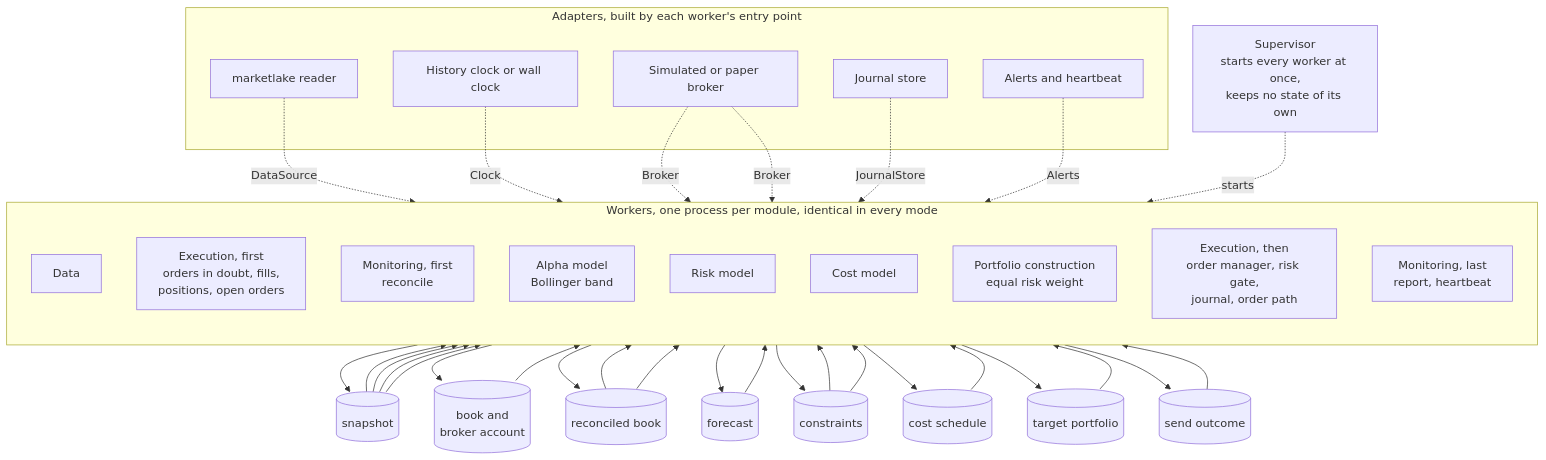
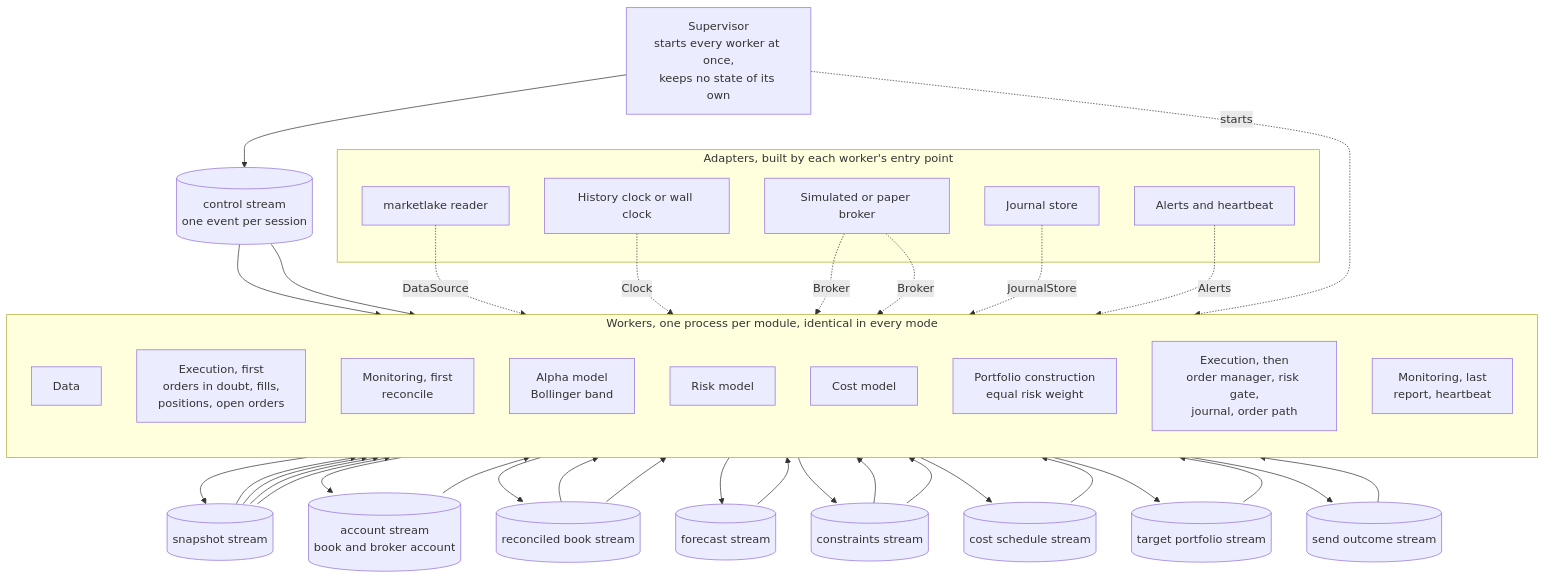
Before and after one commit to l3a0/ithildin-runtime: the second of 16 diagrams in docs/architecture.md, drawn with Mermaid. The commit also changed other lines of this file and 2 other files, not shown here.

First line of the commit message:
docs(design): make the platform an event pipeline

````diff
--- a/docs/architecture.md
+++ b/docs/architecture.md
@@ -233,57 +237,61 @@
 ```mermaid
 flowchart TB
     sup["Supervisor<br/>starts every worker at once,<br/>keeps no state of its own"]
+    ctl[("control stream<br/>one event per session")]
+    sup --> ctl
 
     subgraph workers["Workers, one process per module, identical in every mode"]
         direction TB
         data["Data"]
         exec_recover["Execution, first<br/>orders in doubt, fills,<br/>positions, open orders"]
         mon_recon["Monitoring, first<br/>reconcile"]
         alpha["Alpha model<br/>Bollinger band"]
         risk["Risk model"]
         cost["Cost model"]
         pc["Portfolio construction<br/>equal risk weight"]
         exec_send["Execution, then<br/>order manager, risk gate,<br/>journal, order path"]
         mon_report["Monitoring, last<br/>report, heartbeat"]
     end
 
-    snap[("snapshot")]
-    pos[("book and<br/>broker account")]
-    book[("reconciled book")]
-    fc[("forecast")]
-    cons[("constraints")]
-    sched[("cost schedule")]
-    target[("target portfolio")]
-    outcome[("send outcome")]
+    snap[("snapshot stream")]
+    pos[("account stream<br/>book and broker account")]
+    book[("reconciled book stream")]
+    fc[("forecast stream")]
+    cons[("constraints stream")]
+    sched[("cost schedule stream")]
+    target[("target portfolio stream")]
+    outcome[("send outcome stream")]
 
+    ctl --> data
+    ctl --> exec_recover
     data --> snap
     exec_recover --> pos --> mon_recon --> book
     snap --> alpha --> fc
     snap --> risk
     book --> risk --> cons
     snap --> cost --> sched
     fc --> pc
     cons --> pc
     sched --> pc
     book --> pc --> target
     target --> exec_send
     cons --> exec_send
     snap --> exec_send
     exec_send --> outcome --> mon_report
 
     subgraph adapters["Adapters, built by each worker's entry point"]
         lakesrc["marketlake reader"]
         clock["History clock or wall clock"]
         broker["Simulated or paper broker"]
         journalstore["Journal store"]
         alertsink["Alerts and heartbeat"]
     end
 
     lakesrc -. "DataSource" .-> data
     clock -. "Clock" .-> data
     broker -. "Broker" .-> exec_recover
     broker -. "Broker" .-> exec_send
     journalstore -. "JournalStore" .-> exec_send
     alertsink -. "Alerts" .-> mon_report
     sup -. "starts" .-> workers
 ```
````
